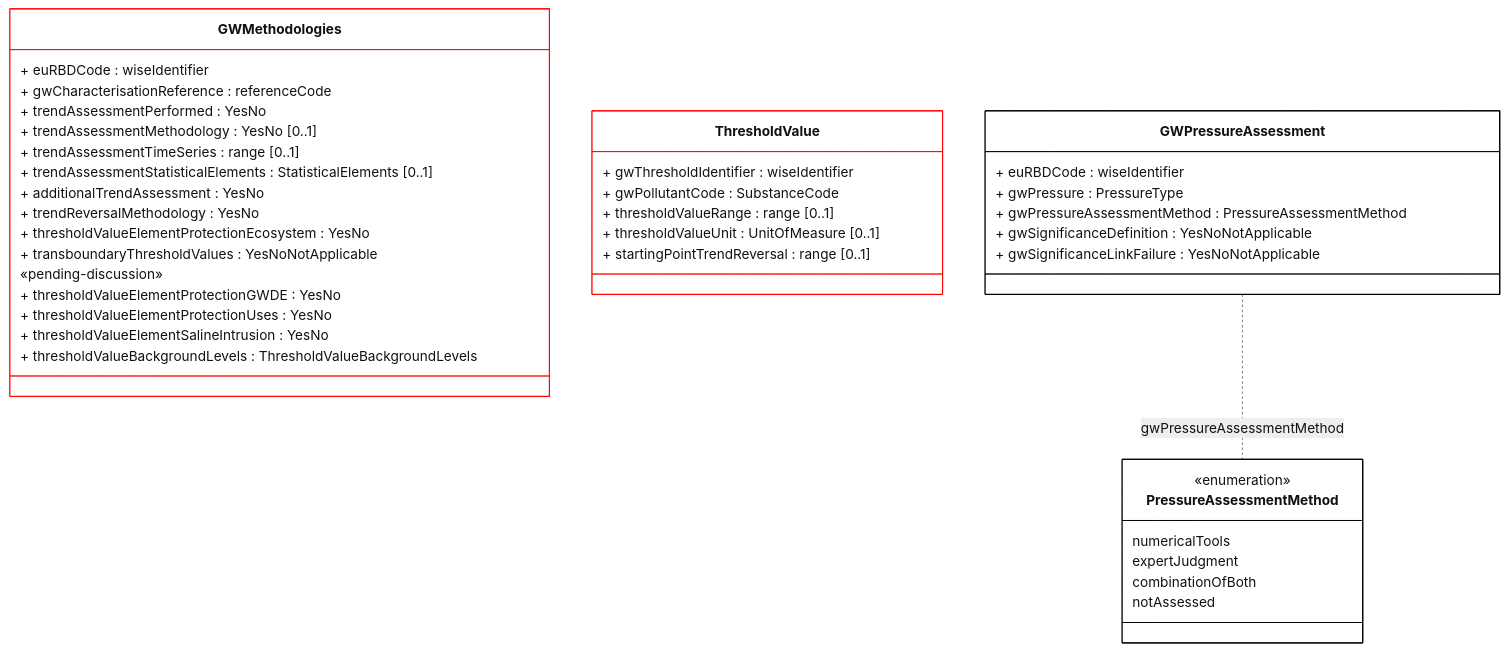
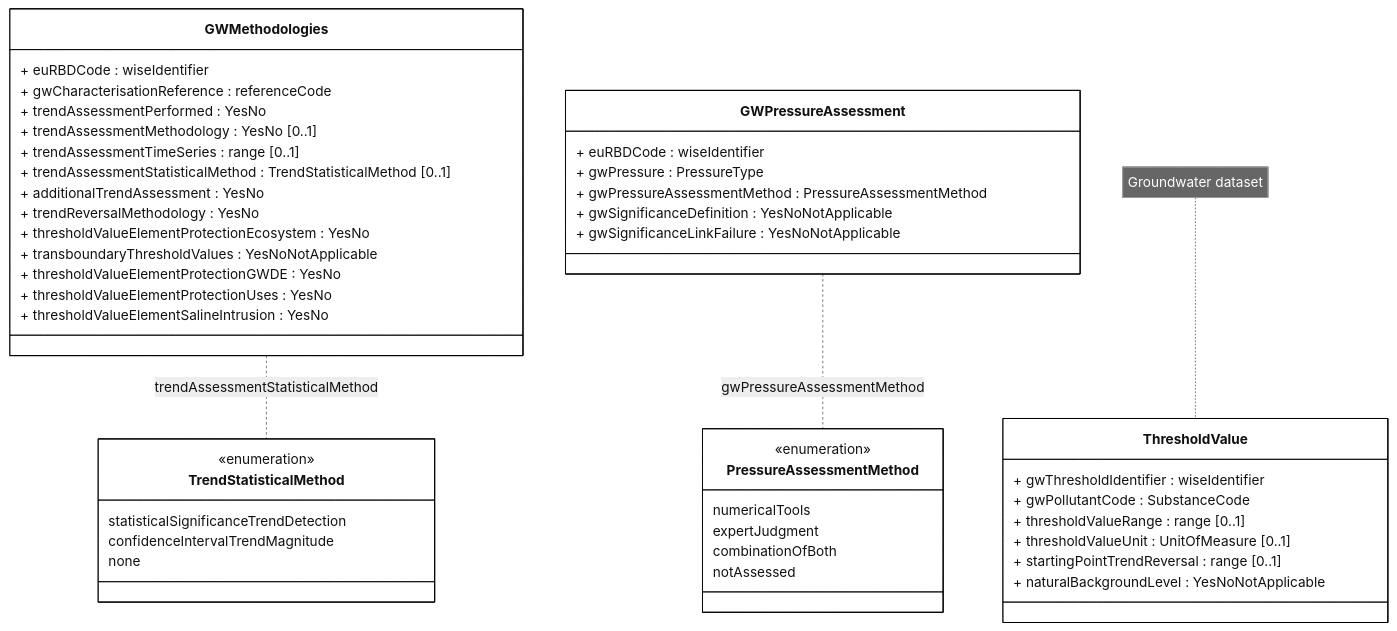
One commit to eeadata/WISE.WFD.Documentation changed the diagram in docs/DataModelReview/mmd/GroundwaterMethodologies_4thCycle_ClassDiagram.mmd. Above: the diagram before and after it, drawn with Mermaid. The commit also changed 8 other files, not shown here.

```diff
--- a/docs/DataModelReview/mmd/GroundwaterMethodologies_4thCycle_ClassDiagram.mmd
+++ b/docs/DataModelReview/mmd/GroundwaterMethodologies_4thCycle_ClassDiagram.mmd
@@ -1,58 +1,64 @@
 ---
 config:
   class:
     hideEmptyMembersBox: true
   layout: dagre
   theme: neutral
 ---
 classDiagram
 
-class GWMethodologies:::forFixing {
+class GWMethodologies {
   + euRBDCode : wiseIdentifier
   + gwCharacterisationReference : referenceCode
   + trendAssessmentPerformed : YesNo
   + trendAssessmentMethodology : YesNo [0..1]
   + trendAssessmentTimeSeries : range [0..1]
-  + trendAssessmentStatisticalElements : StatisticalElements [0..1]
+  + trendAssessmentStatisticalMethod : TrendStatisticalMethod [0..1]
   + additionalTrendAssessment : YesNo
   + trendReversalMethodology : YesNo
   + thresholdValueElementProtectionEcosystem : YesNo
   + transboundaryThresholdValues : YesNoNotApplicable
-  
-  «pending-discussion»
   + thresholdValueElementProtectionGWDE : YesNo
   + thresholdValueElementProtectionUses : YesNo
   + thresholdValueElementSalineIntrusion : YesNo
-  + thresholdValueBackgroundLevels : ThresholdValueBackgroundLevels
-}
-
-
-class ThresholdValue:::forFixing{
-  + gwThresholdIdentifier : wiseIdentifier
-  + gwPollutantCode : SubstanceCode
-  + thresholdValueRange : range [0..1]
-  + thresholdValueUnit : UnitOfMeasure [0..1]
-  + startingPointTrendReversal : range [0..1]
 }
 
 class GWPressureAssessment{
   + euRBDCode : wiseIdentifier
   + gwPressure : PressureType
   + gwPressureAssessmentMethod : PressureAssessmentMethod
   + gwSignificanceDefinition : YesNoNotApplicable
   + gwSignificanceLinkFailure : YesNoNotApplicable
 }
 
+class ThresholdValue{
+  + gwThresholdIdentifier : wiseIdentifier
+  + gwPollutantCode : SubstanceCode
+  + thresholdValueRange : range [0..1]
+  + thresholdValueUnit : UnitOfMeasure [0..1]
+  + startingPointTrendReversal : range [0..1]
+  + naturalBackgroundLevel : YesNoNotApplicable
+}
+
 class PressureAssessmentMethod{
 <<enumeration>>
 numericalTools
 expertJudgment
 combinationOfBoth
 notAssessed 
 }
 
+class TrendStatisticalMethod{
+<<enumeration>>
+statisticalSignificanceTrendDetection
+confidenceIntervalTrendMagnitude
+none
+}
 
 GWPressureAssessment .. PressureAssessmentMethod : gwPressureAssessmentMethod
+GWMethodologies .. TrendStatisticalMethod : trendAssessmentStatisticalMethod
+
+note for ThresholdValue "Groundwater dataset"
 
 classDef default fill:white,stroke:#000;
 classDef forFixing fill:white,stroke:#f00;
```
